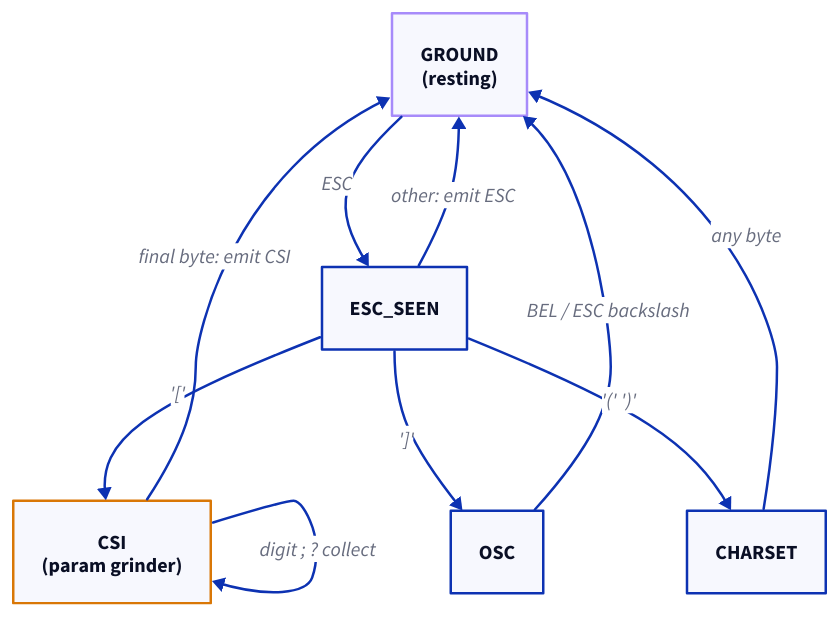
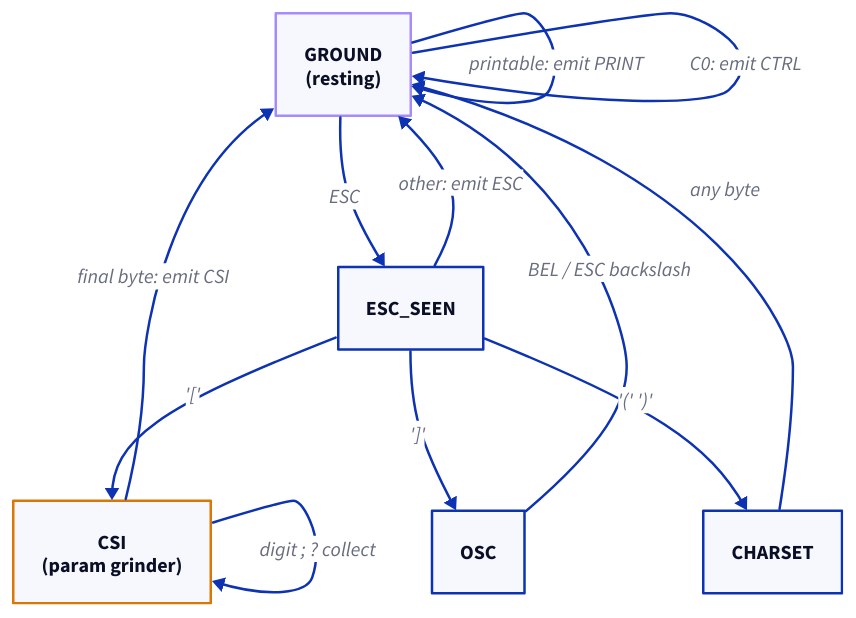
Before and after one commit to michael-duren/rubber-duck: the first of 2 diagrams in courses/build-a-terminal-c.md, drawn with D2. The commit also changed other lines of this file and 29 other files, not shown here.

````diff
--- a/courses/build-a-terminal-c.md
+++ b/courses/build-a-terminal-c.md
@@ -2346,23 +2348,25 @@
 ```d2
 ground: "GROUND\n(resting)" {
   style.stroke: "#a78bfa"
   style.stroke-width: 2
 }
 esc: "ESC_SEEN"
 csi: "CSI\n(param grinder)" {
   style.stroke: "#d97706"
   style.stroke-width: 2
 }
 osc: "OSC"
 charset: "CHARSET"
 
+ground -> ground: "printable: emit PRINT"
+ground -> ground: "C0: emit CTRL"
 ground -> esc: "ESC"
 esc -> csi: "'['"
 esc -> osc: "']'"
 esc -> charset: "'(' ')'"
 esc -> ground: "other: emit ESC"
 csi -> csi: "digit ; ?  collect"
 csi -> ground: "final byte: emit CSI"
 osc -> ground: "BEL / ESC backslash"
 charset -> ground: "any byte"
 ```
````
